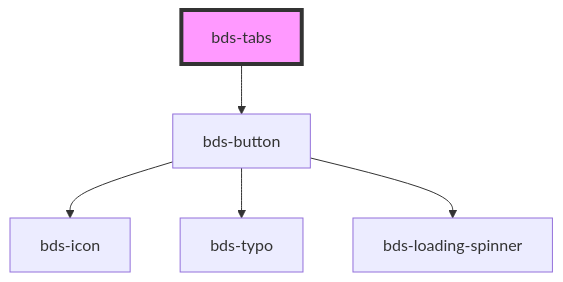
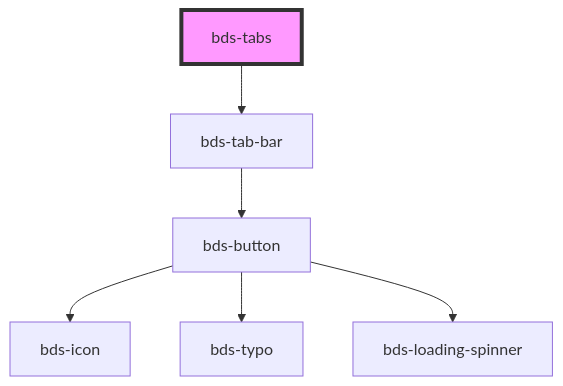
The diagram in src/components/tabs/readme.md (takenet/blip-ds), drawn with Mermaid before and after one commit. The commit also changed other lines of this file and 11 other files, not shown here.

Commit message:
feat(tabs): bar as other component

````diff
--- a/src/components/tabs/readme.md
+++ b/src/components/tabs/readme.md
@@ -22,8 +22,9 @@
 ```mermaid
 graph TD;
-  bds-tabs --> bds-button
+  bds-tabs --> bds-tab-bar
+  bds-tab-bar --> bds-button
   bds-button --> bds-icon
   bds-button --> bds-typo
   bds-button --> bds-loading-spinner
   style bds-tabs fill:#f9f,stroke:#333,stroke-width:4px
 ```
````
